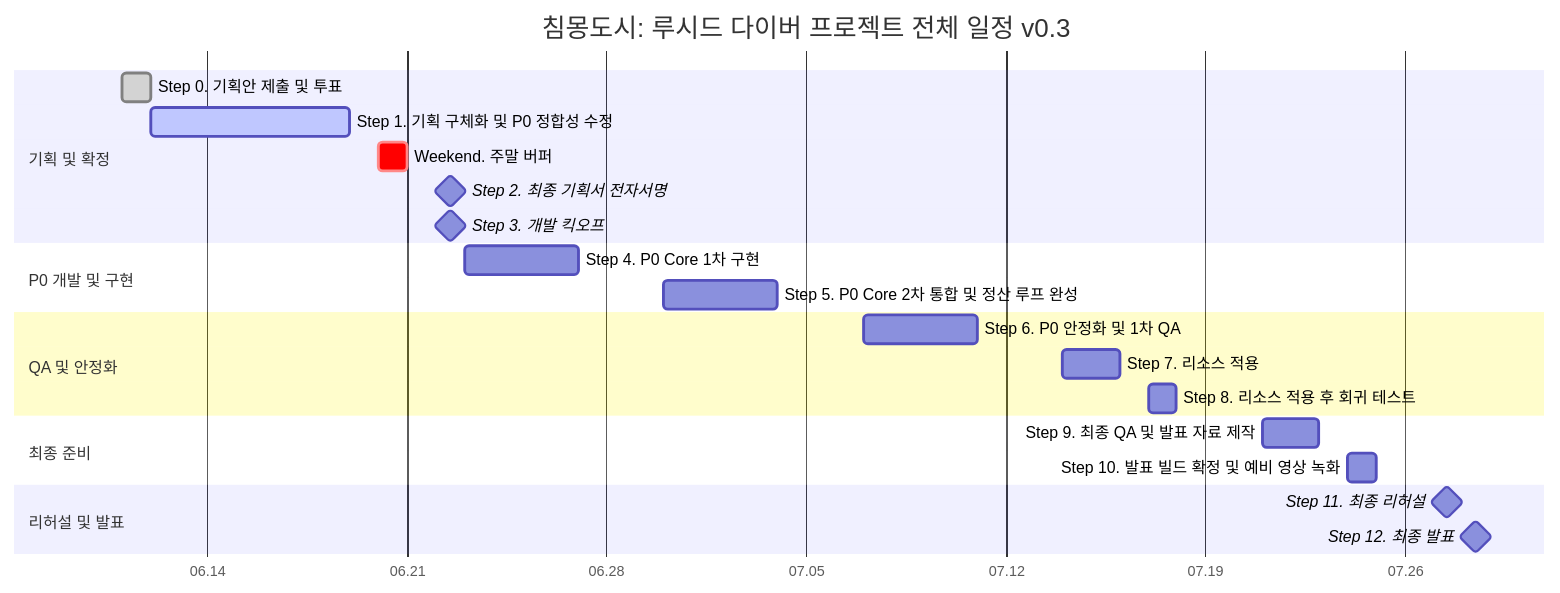
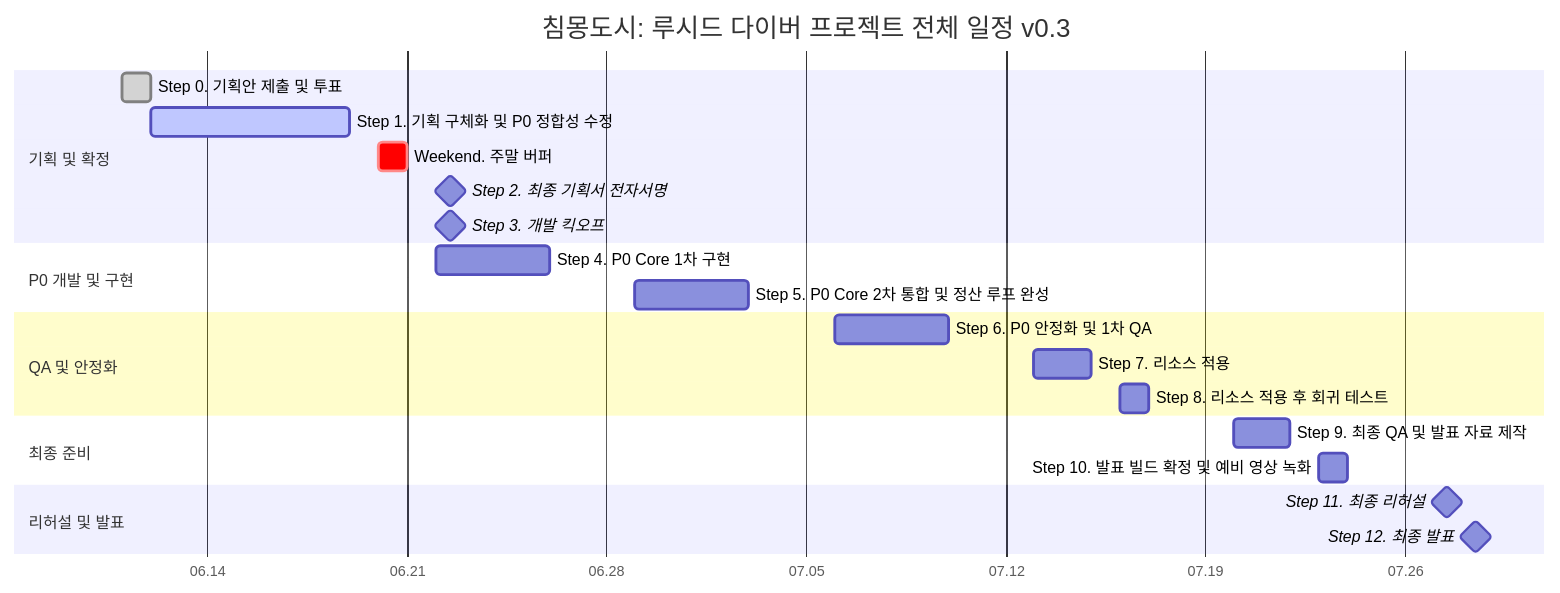
One commit to Jin-o12/Document_LucidDiver changed the diagram in LucidDiver_Document/01_SSOT_최종_기준문서/03_P0_일정표.md. Above: the diagram before and after it, drawn with Mermaid. The commit also changed other lines of this file and 1 other file, not shown here.

````diff
--- a/LucidDiver_Document/01_SSOT_최종_기준문서/03_P0_일정표.md
+++ b/LucidDiver_Document/01_SSOT_최종_기준문서/03_P0_일정표.md
@@ -41,30 +41,30 @@
 ```mermaid
 gantt
     title 침몽도시: 루시드 다이버 프로젝트 전체 일정 v0.3
     dateFormat  MM.DD
     axisFormat  %m.%d
 
     section 기획 및 확정
     Step 0. 기획안 제출 및 투표              :done, 06.11, 06.12
     Step 1. 기획 구체화 및 P0 정합성 수정    :active, 06.12, 06.19
     Weekend. 주말 버퍼                       :crit, 06.20, 06.21
     Step 2. 최종 기획서 전자서명             :milestone, 06.22, 1d
     Step 3. 개발 킥오프                      :milestone, 06.22, 1d
 
     section P0 개발 및 구현
-    Step 4. P0 Core 1차 구현                 :06.23, 06.27
-    Step 5. P0 Core 2차 통합 및 정산 루프 완성 :06.30, 07.04
+    Step 4. P0 Core 1차 구현                 :06.22, 06.26
+    Step 5. P0 Core 2차 통합 및 정산 루프 완성 :06.29, 07.03
 
     section QA 및 안정화
-    Step 6. P0 안정화 및 1차 QA              :07.07, 07.11
-    Step 7. 리소스 적용                      :07.14, 07.16
-    Step 8. 리소스 적용 후 회귀 테스트        :07.17, 07.18
+    Step 6. P0 안정화 및 1차 QA              :07.06, 07.10
+    Step 7. 리소스 적용                      :07.13, 07.15
+    Step 8. 리소스 적용 후 회귀 테스트        :07.16, 07.17
 
     section 최종 준비
-    Step 9. 최종 QA 및 발표 자료 제작         :07.21, 07.23
-    Step 10. 발표 빌드 확정 및 예비 영상 녹화 :07.24, 07.25
+    Step 9. 최종 QA 및 발표 자료 제작         :07.20, 07.22
+    Step 10. 발표 빌드 확정 및 예비 영상 녹화 :07.23, 07.24
 
     section 리허설 및 발표
     Step 11. 최종 리허설                     :milestone, 07.27, 1d
     Step 12. 최종 발표                       :milestone, 07.28, 1d
 ```
````
